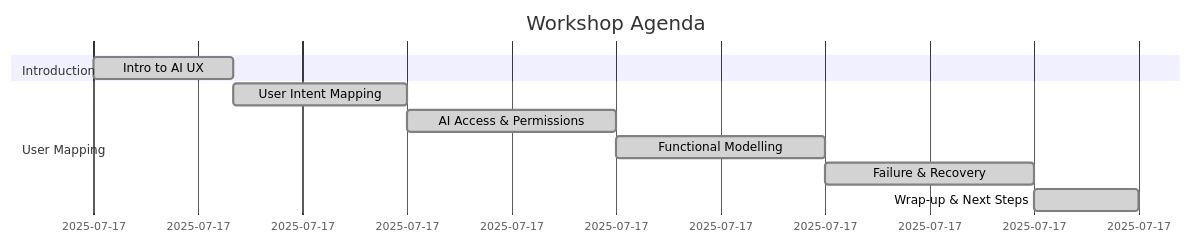
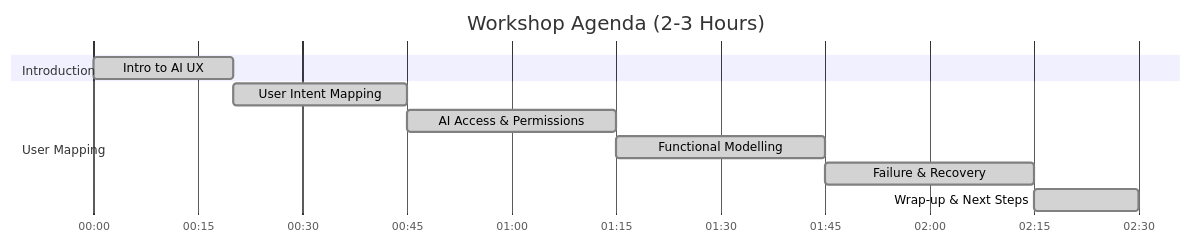
Before and after one commit to jordymac/placeos-site: the fourth of 4 diagrams in content/posts/framework-for-scoping-ux-in-automation-and-ai-systems.md, drawn with Mermaid. The commit also changed 2 other files, not shown here.

````diff
--- a/content/posts/framework-for-scoping-ux-in-automation-and-ai-systems.md
+++ b/content/posts/framework-for-scoping-ux-in-automation-and-ai-systems.md
@@ -113,12 +113,14 @@
 ```mermaid
 gantt
-title Workshop Agenda
+title Workshop Agenda (2-3 Hours)
+dateFormat  HH:mm
+axisFormat %H:%M
 section Introduction
-Intro to AI UX         :done,    des1, 2025-07-17, 20m
+Intro to AI UX         :done, des1, 00:00, 20m
 section User Mapping
-User Intent Mapping     :done,    des2, after des1, 25m
-AI Access & Permissions :done,    des3, after des2, 30m
-Functional Modelling    :done,    des4, after des3, 30m
-Failure & Recovery      :done,    des5, after des4, 30m
-Wrap-up & Next Steps    :done,    des6, after des5, 15m
+User Intent Mapping     :done, des2, after des1, 25m
+AI Access & Permissions :done, des3, after des2, 30m
+Functional Modelling    :done, des4, after des3, 30m
+Failure & Recovery      :done, des5, after des4, 30m
+Wrap-up & Next Steps    :done, des6, after des5, 15m
 ```
````
